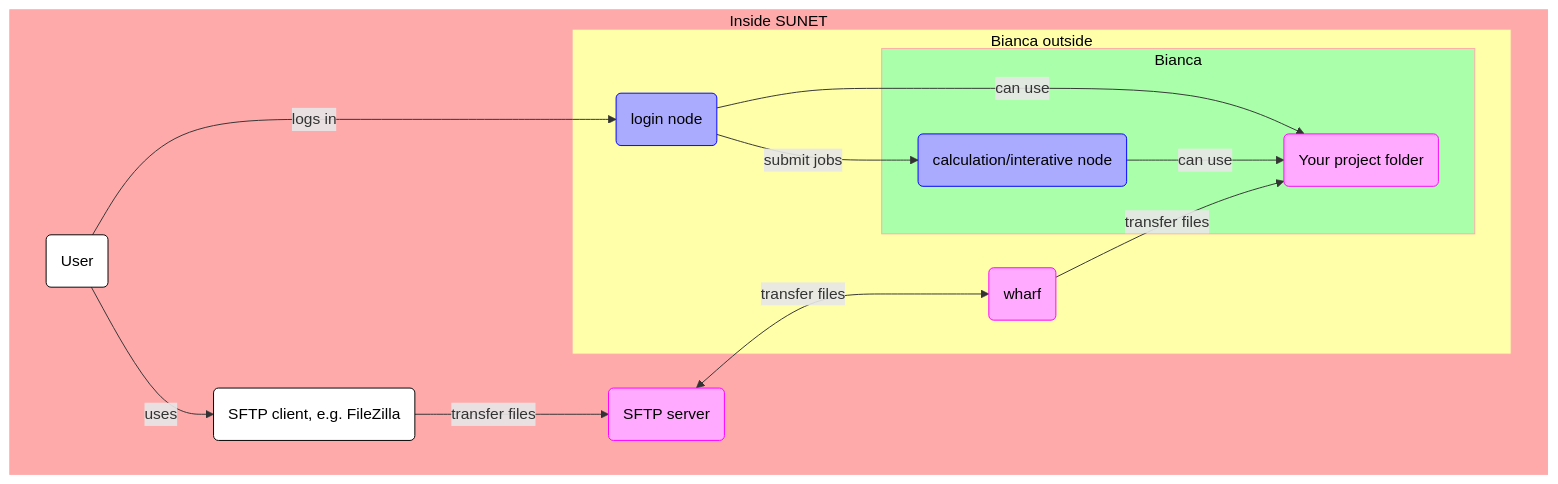
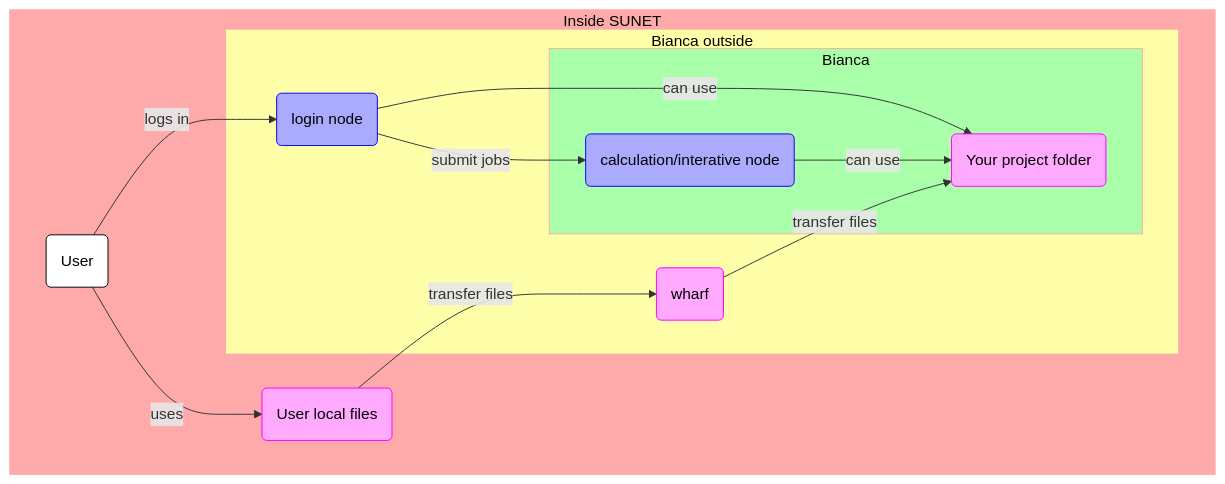
One commit to UPPMAX/bianca_workshop changed the first of 2 diagrams in docs/file_transfer_using_gui.md. Above: the diagram before and after it, drawn with Mermaid. The commit also changed other lines of this file, not shown here.

````diff
--- a/docs/file_transfer_using_gui.md
+++ b/docs/file_transfer_using_gui.md
@@ -29,36 +29,34 @@
 ```mermaid
 flowchart TD
 
     %% Give a white background to all nodes, instead of a transparent one
     classDef node fill:#fff,color:#000,stroke:#000
 
     %% Graph nodes for files and calculations
     classDef file_node fill:#faf,color:#000,stroke:#f0f
     classDef calculation_node fill:#aaf,color:#000,stroke:#00f
 
     subgraph sunet[Inside SUNET]
       subgraph bianca_outside[Bianca outside]
         login_node(login node):::calculation_node
         wharf(wharf):::file_node
         subgraph bianca_inside[Bianca]
           calculation_node(calculation/interative node):::calculation_node
           your_project_folder(Your project folder):::file_node
         end
       end
       user(User)
-      sftp_client(SFTP client, e.g. FileZilla)
-      sftp_server(SFTP server):::file_node
+      user_local_files(User local files):::file_node
     end
     style bianca_inside fill:#afa,color:#000,stroke:#faa
     style bianca_outside fill:#ffa,color:#000,stroke:#faa
     style sunet fill:#faa,color:#000,stroke:#faa
 
     user --> |logs in |login_node
-    user --> |uses| sftp_client
-    sftp_client --> |transfer files|sftp_server
-    sftp_server <--> |transfer files|wharf
+    user --> |uses| user_local_files
+    user_local_files --> |transfer files|wharf
     login_node --> |submit jobs|calculation_node
     login_node --> |can use|your_project_folder
     calculation_node --> |can use|your_project_folder
     wharf --> |transfer files| your_project_folder
 ```
````
